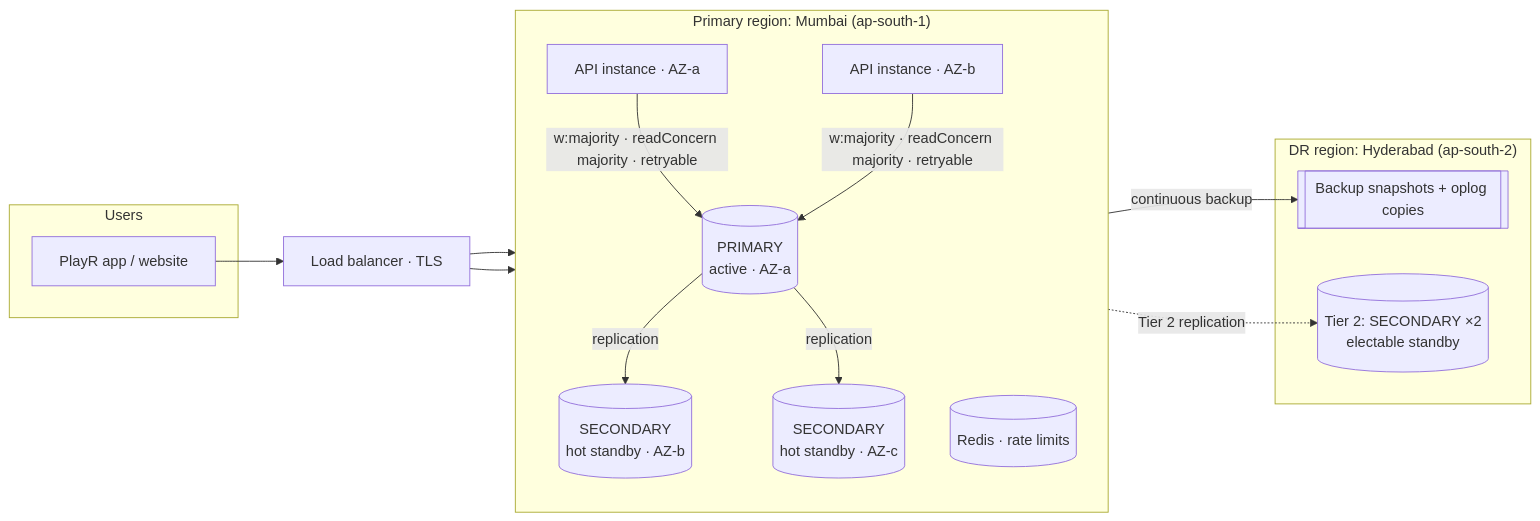
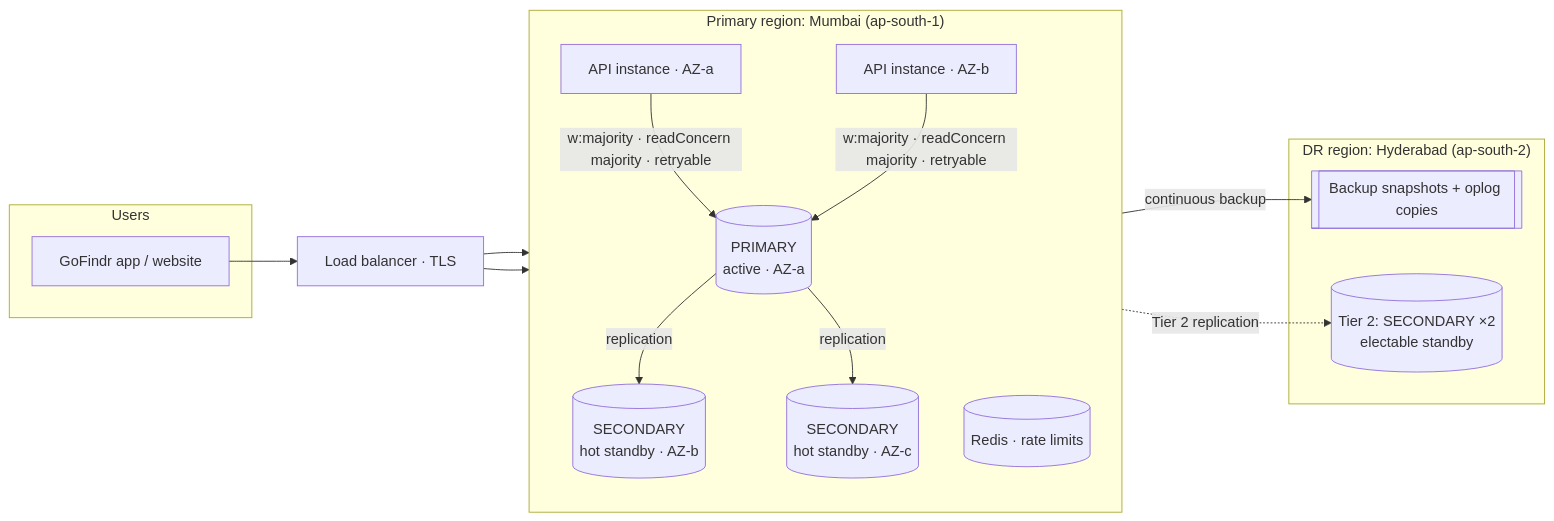
One commit to Cricketmarvels/oneshort changed the diagram in docs/design/DATABASE_RELIABILITY.md. Above: the diagram before and after it, drawn with Mermaid. The commit also changed 132 other files, not shown here.

````diff
--- a/docs/design/DATABASE_RELIABILITY.md
+++ b/docs/design/DATABASE_RELIABILITY.md
@@ -17,25 +17,25 @@
 ```mermaid
 flowchart LR
   subgraph Users
-    A[PlayR app / website]
+    A[GoFindr app / website]
   end
   A --> LB[Load balancer · TLS]
   subgraph Mumbai["Primary region: Mumbai (ap-south-1)"]
     direction TB
     API1[API instance · AZ-a] 
     API2[API instance · AZ-b]
     P[(PRIMARY<br/>active · AZ-a)]
     S1[(SECONDARY<br/>hot standby · AZ-b)]
     S2[(SECONDARY<br/>hot standby · AZ-c)]
     R[(Redis · rate limits)]
   end
   subgraph Hyderabad["DR region: Hyderabad (ap-south-2)"]
     BK[[Backup snapshots + oplog copies]]
     S3[(Tier 2: SECONDARY ×2<br/>electable standby)]
   end
   LB --> API1 & API2
   API1 & API2 -->|"w:majority · readConcern majority · retryable"| P
   P -- replication --> S1 & S2
   P -. Tier 2 replication .-> S3
   P -- continuous backup --> BK
 ```
````
